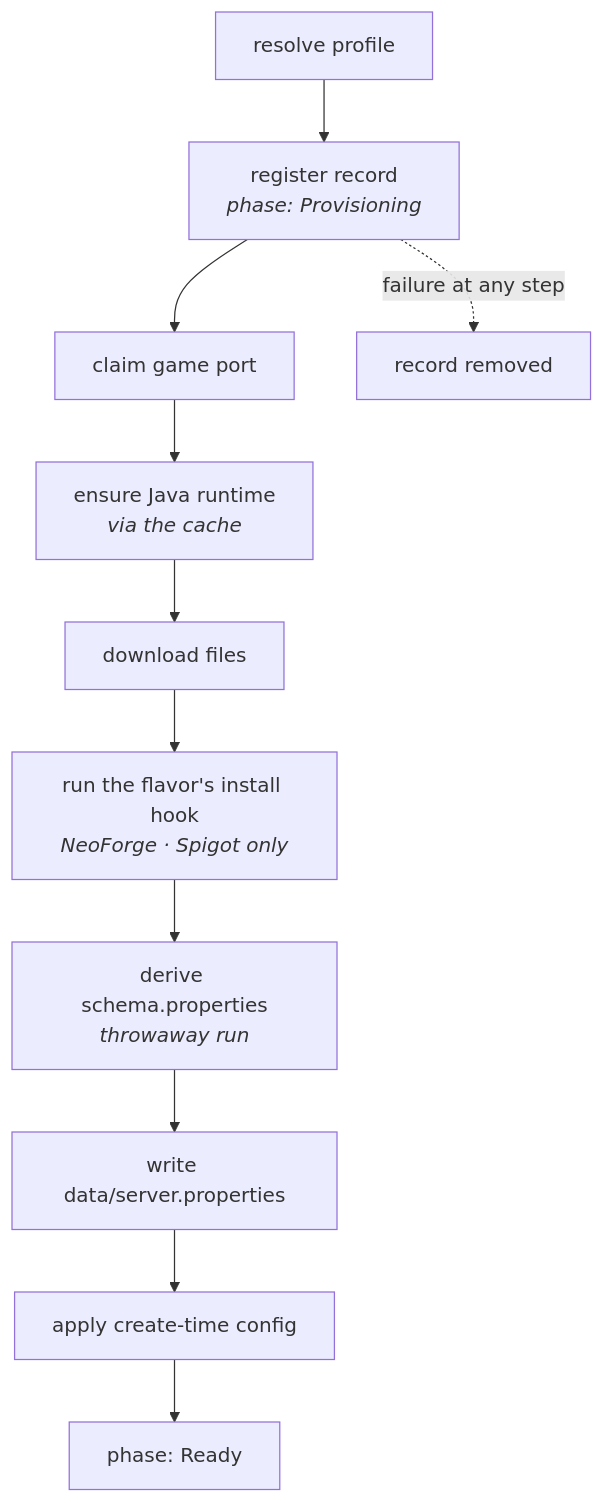
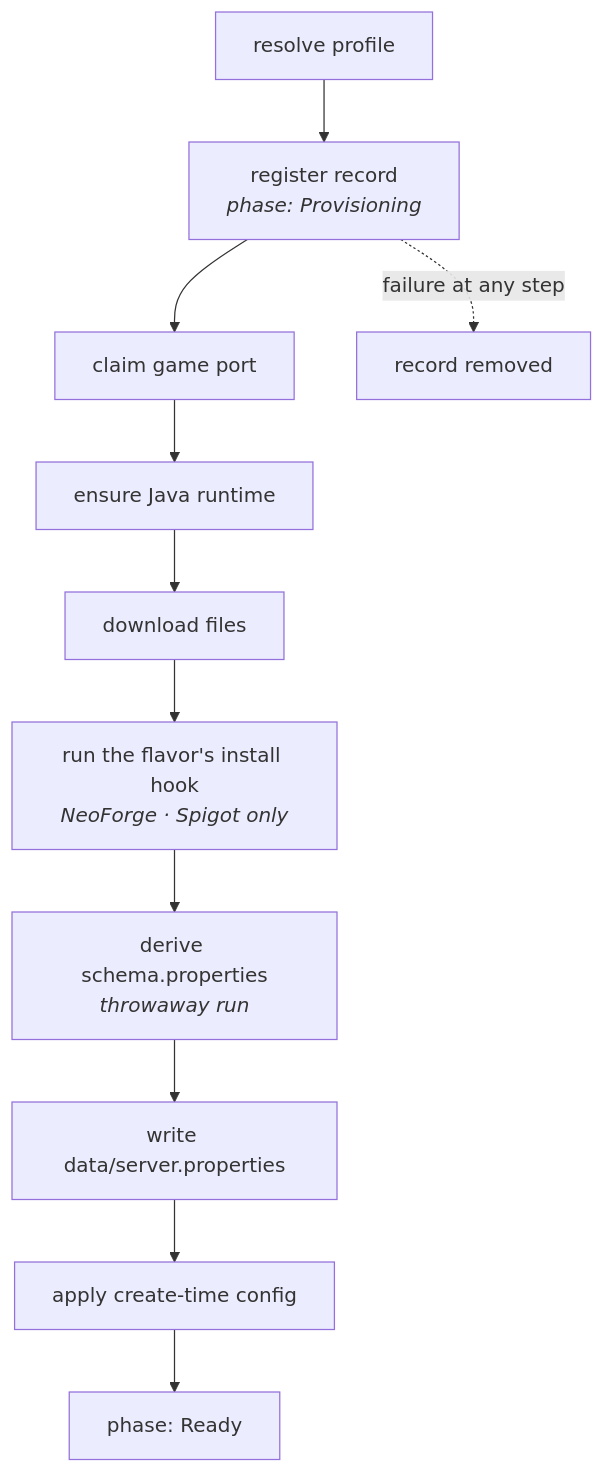
One commit to prytaneum/hestia changed the second of 5 diagrams in docs/architecture/entries.md. Above: the diagram before and after it, drawn with Mermaid. The commit also changed 5 other files, not shown here.

````diff
--- a/docs/architecture/entries.md
+++ b/docs/architecture/entries.md
@@ -95,14 +95,14 @@
 ```mermaid
 flowchart TD
     R["resolve profile"] --> REG["register record<br/><i>phase: Provisioning</i>"]
     REG --> PORT["claim game port"]
-    PORT --> JAVA["ensure Java runtime<br/><i>via the cache</i>"]
+    PORT --> JAVA["ensure Java runtime"]
     JAVA --> FETCH["download files"]
     FETCH --> INSTALL["run the flavor's install hook<br/><i>NeoForge · Spigot only</i>"]
     INSTALL --> SCHEMA["derive schema.properties<br/><i>throwaway run</i>"]
     SCHEMA --> PROPS["write data/server.properties"]
     PROPS --> CFG["apply create-time config"]
     CFG --> READY["phase: Ready"]
 
     REG -.->|"failure at any step"| DISCARD["record removed"]
 ```
````
